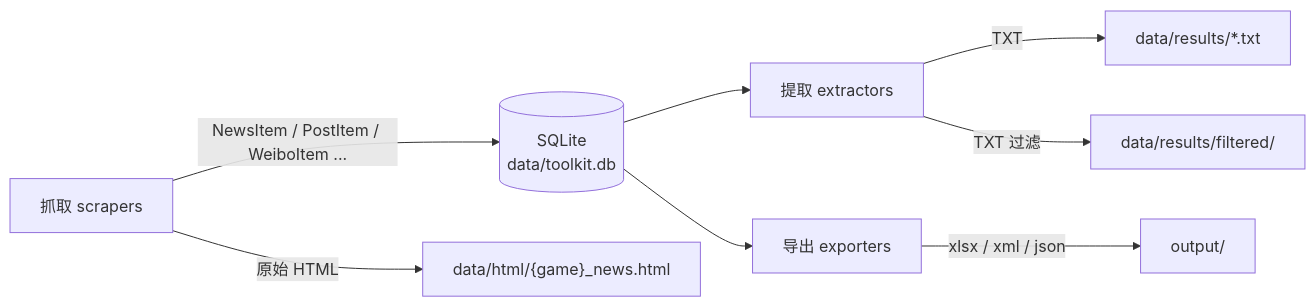
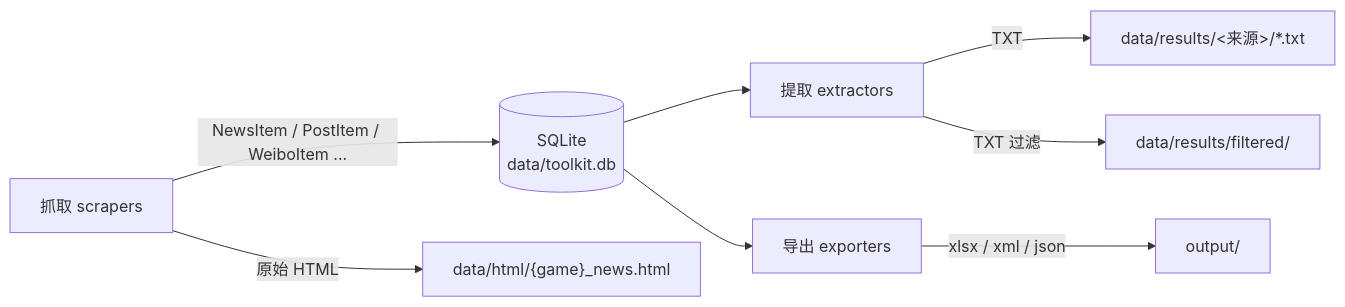
Before and after one commit to vers123/mihoyo-tool-kit: the second of 5 diagrams in docs/architecture.md, drawn with Mermaid. The commit also changed other lines of this file and 32 other files, not shown here.

````diff
--- a/docs/architecture.md
+++ b/docs/architecture.md
@@ -68,10 +68,10 @@
 ```mermaid
 flowchart LR
     A["抓取 scrapers"] -->|NewsItem / PostItem / WeiboItem ...| B[("SQLite<br/>data/toolkit.db")]
     B --> C["提取 extractors"]
-    C -->|TXT| D["data/results/*.txt"]
+    C -->|TXT| D["data/results/<来源>/*.txt"]
     B --> E["导出 exporters"]
     E -->|xlsx / xml / json| F["output/"]
     A -->|原始 HTML| G["data/html/{game}_news.html"]
     C -->|TXT 过滤| H["data/results/filtered/"]
 ```
````
